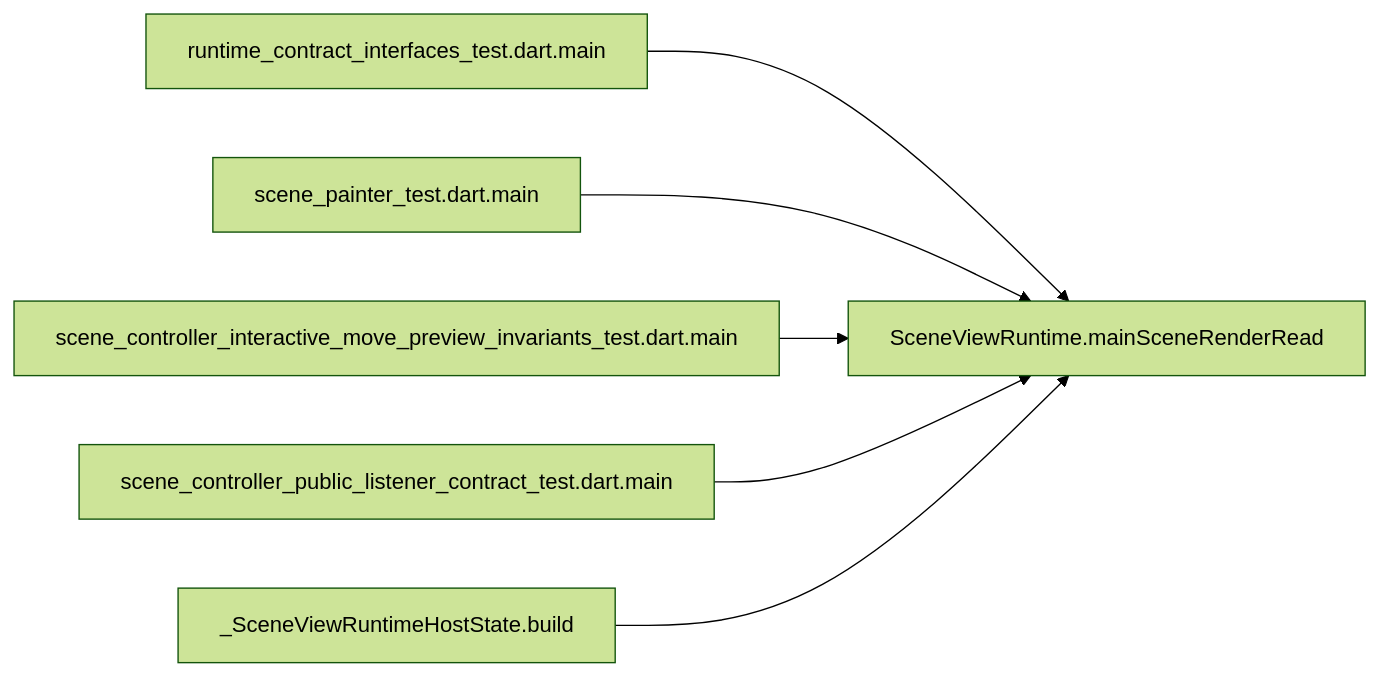
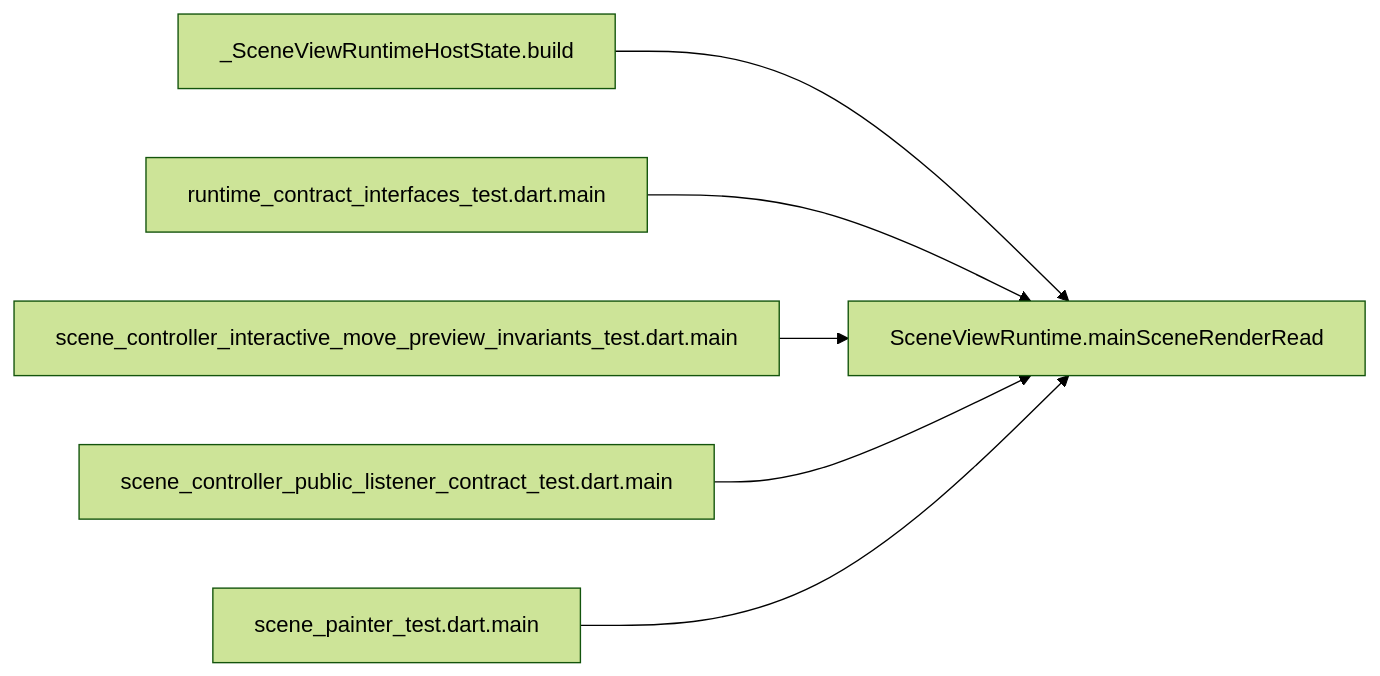
One commit to GreatPika/iwb_canvas_engine changed the diagram in docs/architecture/evidence/render_main_scene_read_flow.md. Above: the diagram before and after it, drawn with Mermaid (forest theme). The commit also changed 14 other files, not shown here.

````diff
--- a/docs/architecture/evidence/render_main_scene_read_flow.md
+++ b/docs/architecture/evidence/render_main_scene_read_flow.md
@@ -1,15 +1,15 @@
 ```mermaid
 flowchart LR
   N0["SceneViewRuntime.mainSceneRenderRead"]
-  N1["runtime_contract_interfaces_test.dart.main"]
+  N1["_SceneViewRuntimeHostState.build"]
   N1 --> N0
-  N2["scene_painter_test.dart.main"]
+  N2["runtime_contract_interfaces_test.dart.main"]
   N2 --> N0
   N3["scene_controller_interactive_move_preview_invariants_test.dart.main"]
   N3 --> N0
   N4["scene_controller_public_listener_contract_test.dart.main"]
   N4 --> N0
-  N5["_SceneViewRuntimeHostState.build"]
+  N5["scene_painter_test.dart.main"]
   N5 --> N0
 
 ```
````
